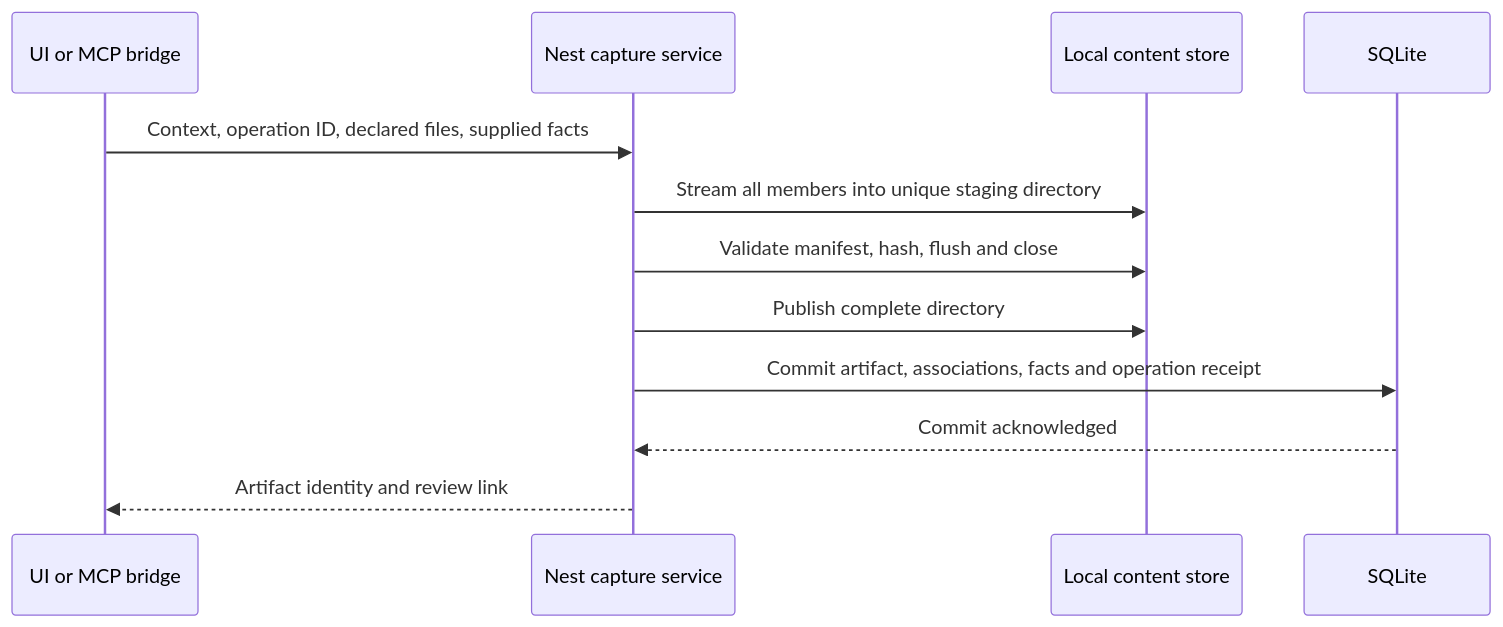
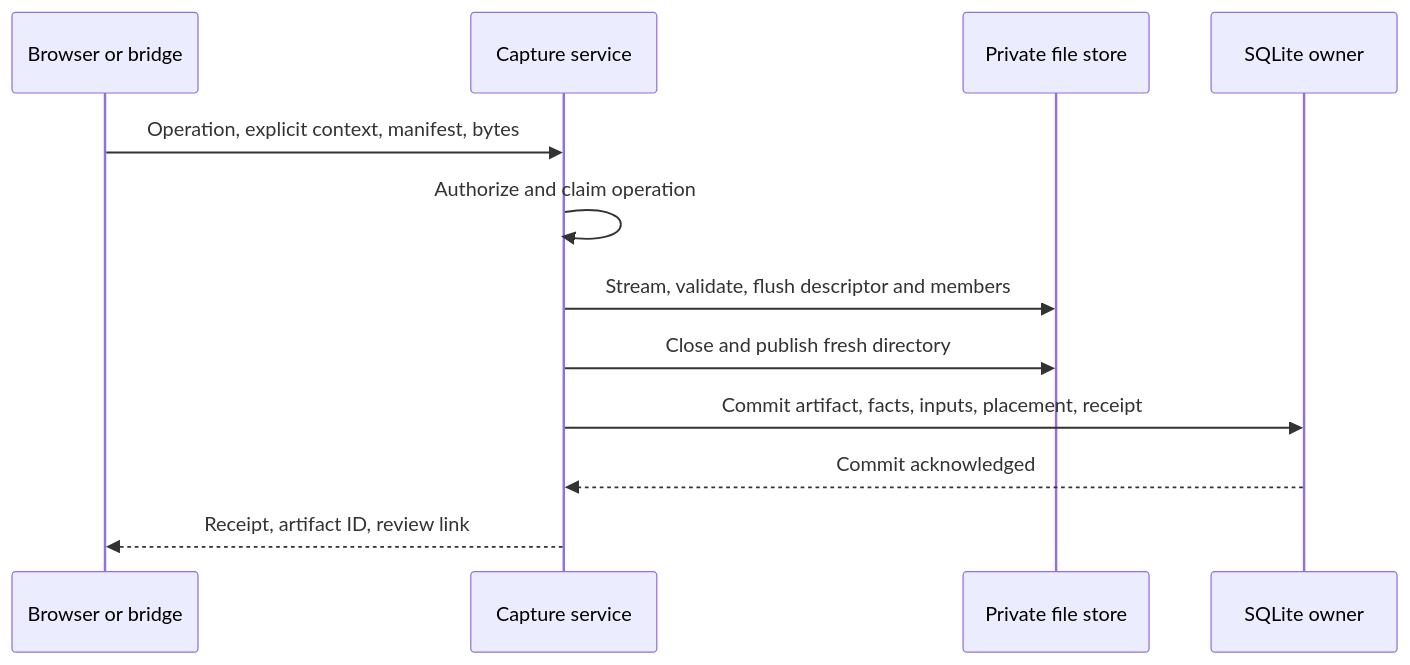
Before and after one commit to sh1ny/assetweave: the fourth of 7 diagrams in docs/plans/2026-09-29-1434-feat-first-complete-art-workflow-plan.md, drawn with Mermaid. The commit also changed other lines of this file and 1 other file, not shown here.

````diff
--- a/docs/plans/2026-09-29-1434-feat-first-complete-art-workflow-plan.md
+++ b/docs/plans/2026-09-29-1434-feat-first-complete-art-workflow-plan.md
@@ -457,14 +458,14 @@
 ```mermaid
 sequenceDiagram
-    participant Client as UI or MCP bridge
-    participant Capture as Nest capture service
-    participant Files as Local content store
-    participant DB as SQLite
-    Client->>Capture: Context, operation ID, declared files, supplied facts
-    Capture->>Files: Stream all members into unique staging directory
-    Capture->>Files: Validate manifest, hash, flush and close
-    Capture->>Files: Publish complete directory
-    Capture->>DB: Commit artifact, associations, facts and operation receipt
-    DB-->>Capture: Commit acknowledged
-    Capture-->>Client: Artifact identity and review link
+    participant Client as Browser or bridge
+    participant Service as Capture service
+    participant Files as Private file store
+    participant DB as SQLite owner
+    Client->>Service: Operation, explicit context, manifest, bytes
+    Service->>Service: Authorize and claim operation
+    Service->>Files: Stream, validate, flush descriptor and members
+    Service->>Files: Close and publish fresh directory
+    Service->>DB: Commit artifact, facts, inputs, placement, receipt
+    DB-->>Service: Commit acknowledged
+    Service-->>Client: Receipt, artifact ID, review link
 ```
````
